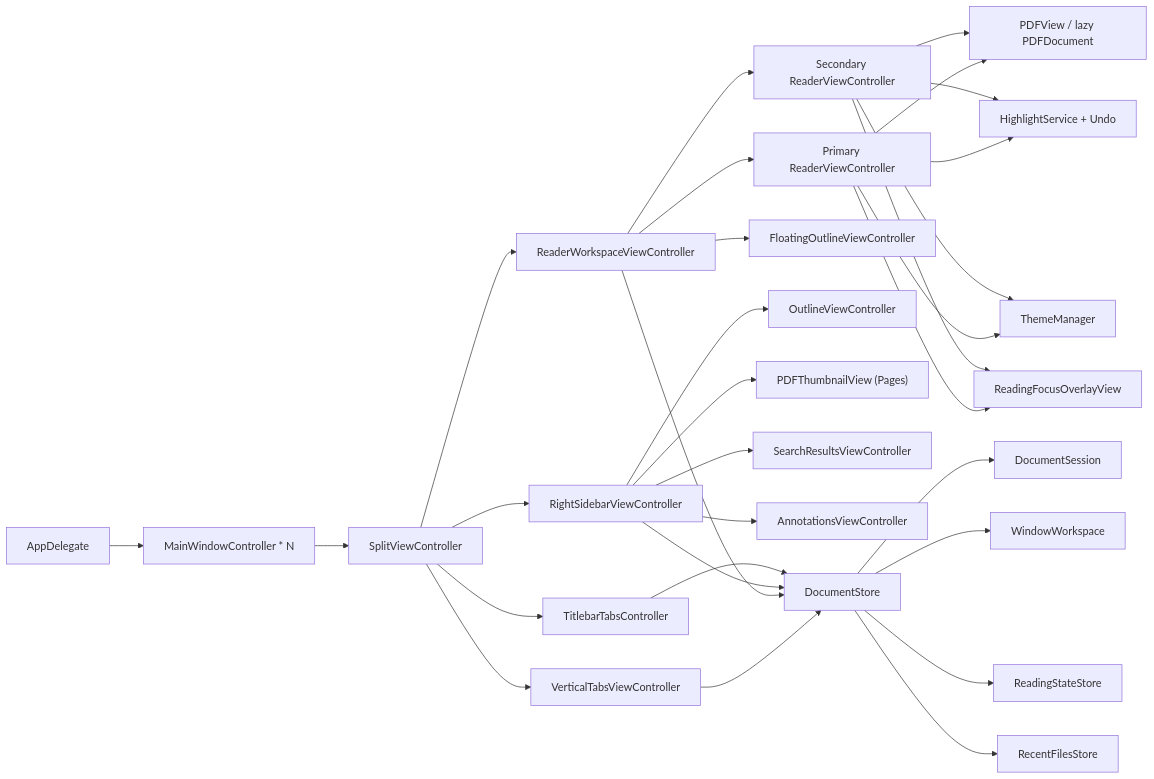
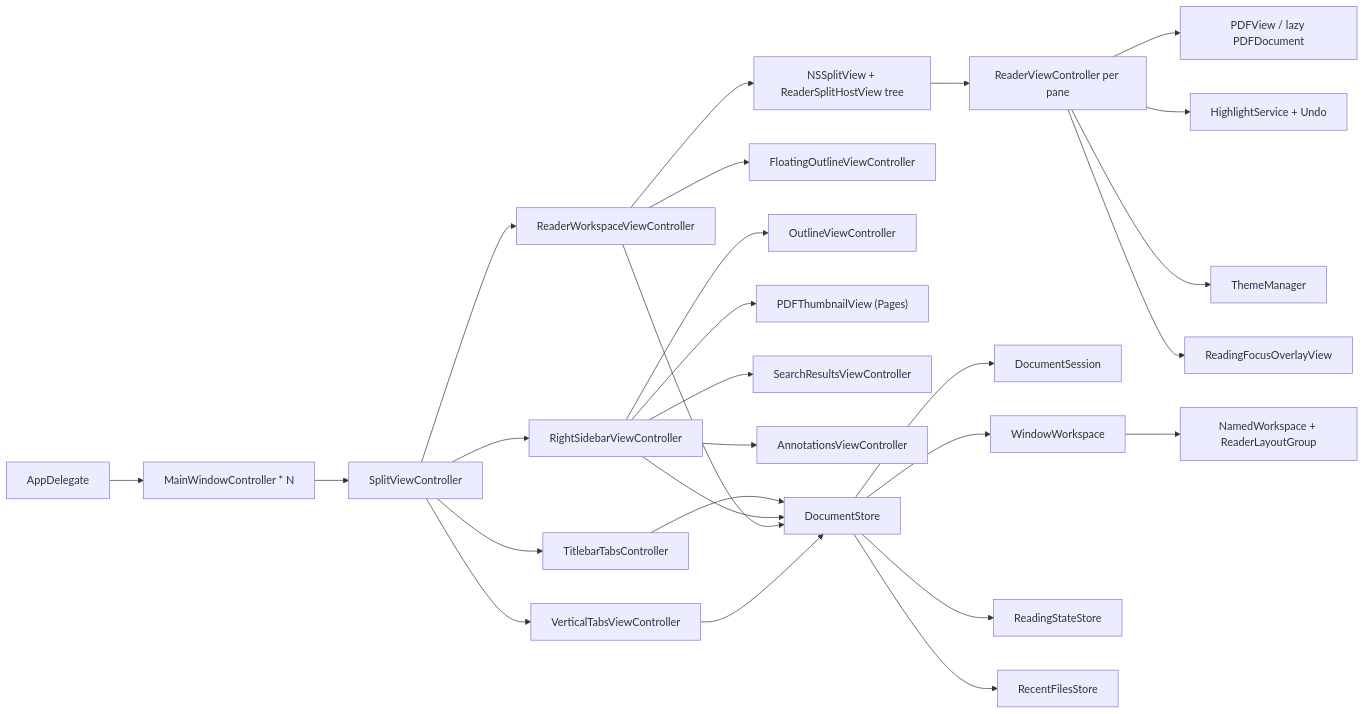
Before and after one commit to Yalyenea/serein-pdf: the diagram in PROJECT.md, drawn with Mermaid. The commit also changed other lines of this file and 5 other files, not shown here.

Commit message:
docs: document workspace and reader navigation workflows

````diff
--- a/PROJECT.md
+++ b/PROJECT.md
@@ -42,32 +44,29 @@
 ```mermaid
 flowchart LR
     A["AppDelegate"] --> B["MainWindowController * N"]
     B --> C["SplitViewController"]
     C --> D["VerticalTabsViewController"]
     C --> E["ReaderWorkspaceViewController"]
     C --> F["RightSidebarViewController"]
     C --> G["TitlebarTabsController"]
-    E --> E1["Primary ReaderViewController"]
-    E --> E2["Secondary ReaderViewController"]
+    E --> E2["NSSplitView + ReaderSplitHostView tree"]
+    E2 --> E1["ReaderViewController per pane"]
     E --> E3["FloatingOutlineViewController"]
     F --> F1["OutlineViewController"]
     F --> F2["PDFThumbnailView (Pages)"]
     F --> F3["SearchResultsViewController"]
     F --> F4["AnnotationsViewController"]
     D --> H["DocumentStore"]
     E --> H
     F --> H
     G --> H
     H --> I["DocumentSession"]
     H --> J["WindowWorkspace"]
+    J --> J1["NamedWorkspace + ReaderLayoutGroup"]
     E1 --> K["PDFView / lazy PDFDocument"]
-    E2 --> K
     E1 --> L["HighlightService + Undo"]
-    E2 --> L
     E1 --> M["ThemeManager"]
-    E2 --> M
     E1 --> P["ReadingFocusOverlayView"]
-    E2 --> P
     H --> N["ReadingStateStore"]
     H --> O["RecentFilesStore"]
 ```
````
